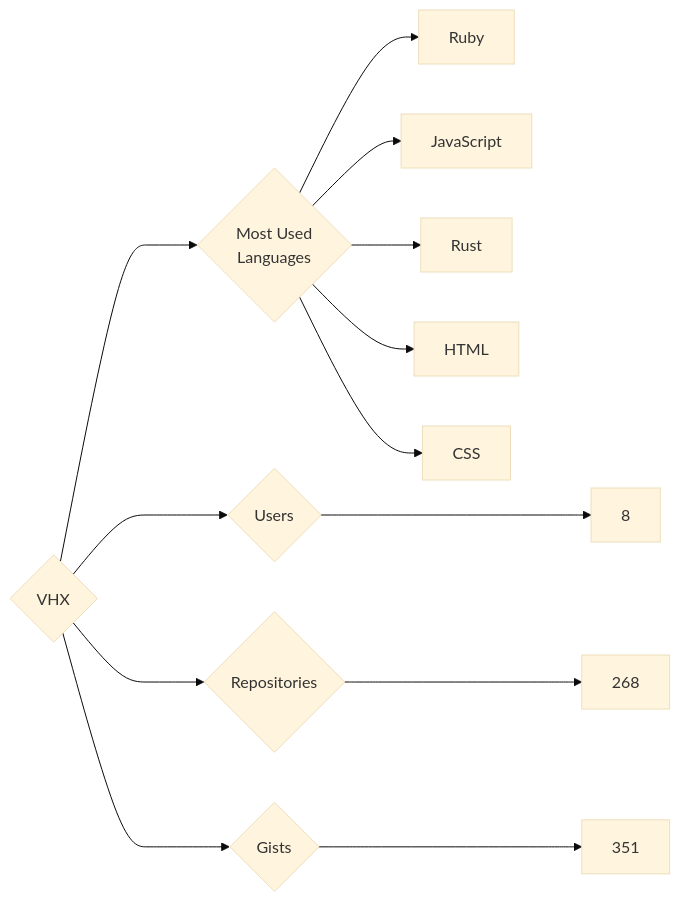
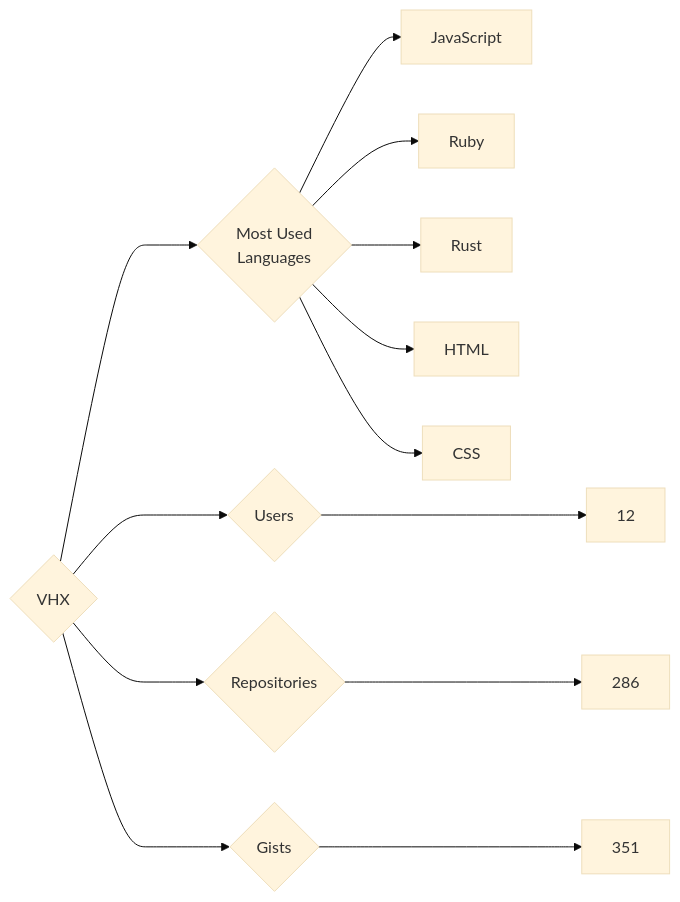
One commit to trickest/insiders changed the diagram in targets/VHX/README.md. Above: the diagram before and after it, drawn with Mermaid (base theme). The commit also changed 1696 other files, not shown here.

````diff
--- a/targets/VHX/README.md
+++ b/targets/VHX/README.md
@@ -3,13 +3,13 @@
 ```mermaid
 graph LR
 COMPANY_NAME{VHX}
-COMPANY_NAME ---> U{Users} ---> UN[8]
-COMPANY_NAME ---> R{Repositories} ---> RN[268]
+COMPANY_NAME ---> U{Users} ---> UN[12]
+COMPANY_NAME ---> R{Repositories} ---> RN[286]
 COMPANY_NAME ---> G{Gists} ---> GN[351]
 COMPANY_NAME ---> ML{Most Used<br>Languages}
+ML --> JavaScript[JavaScript]
 ML --> Ruby[Ruby]
-ML --> JavaScript[JavaScript]
 ML --> Rust[Rust]
 ML --> HTML[HTML]
 ML --> CSS[CSS]
 ```
````
